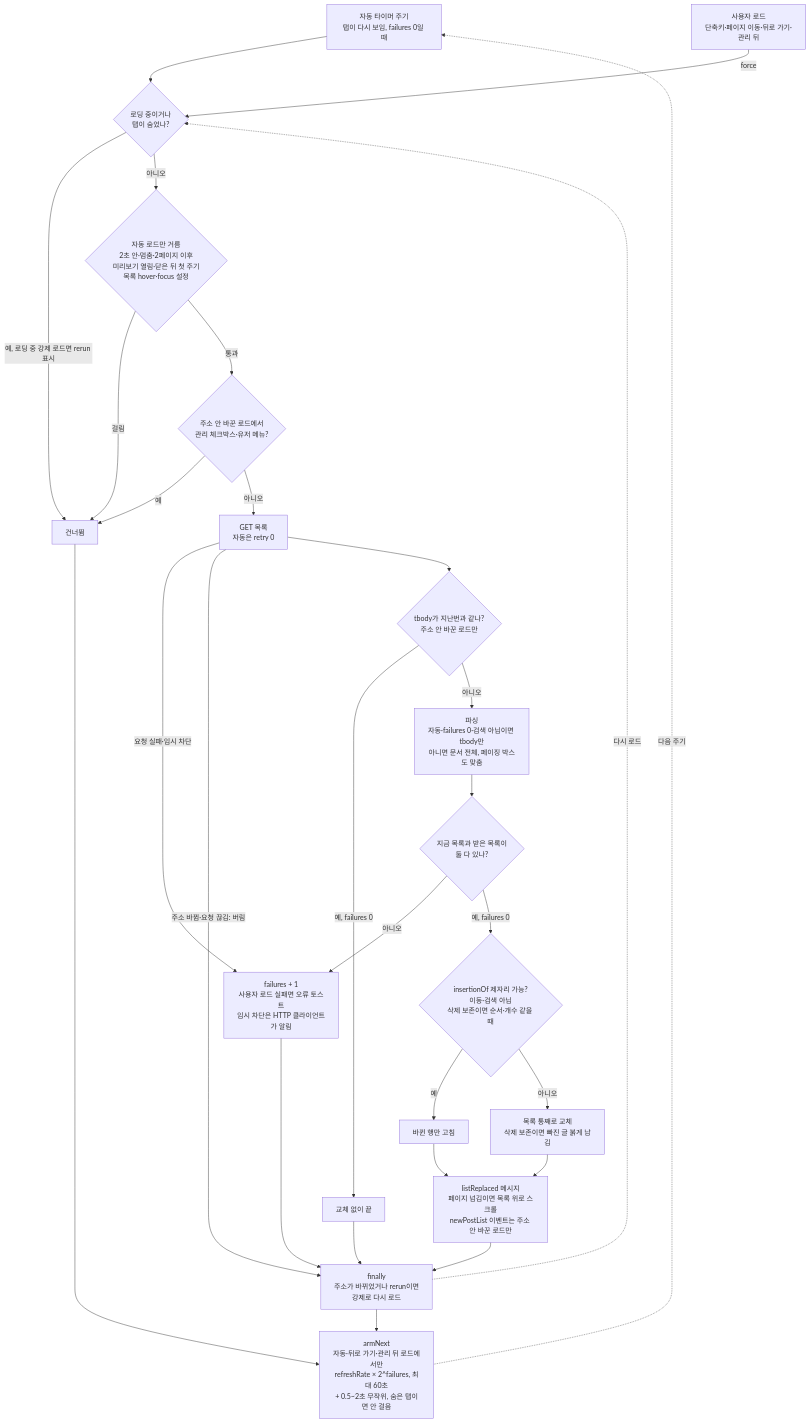
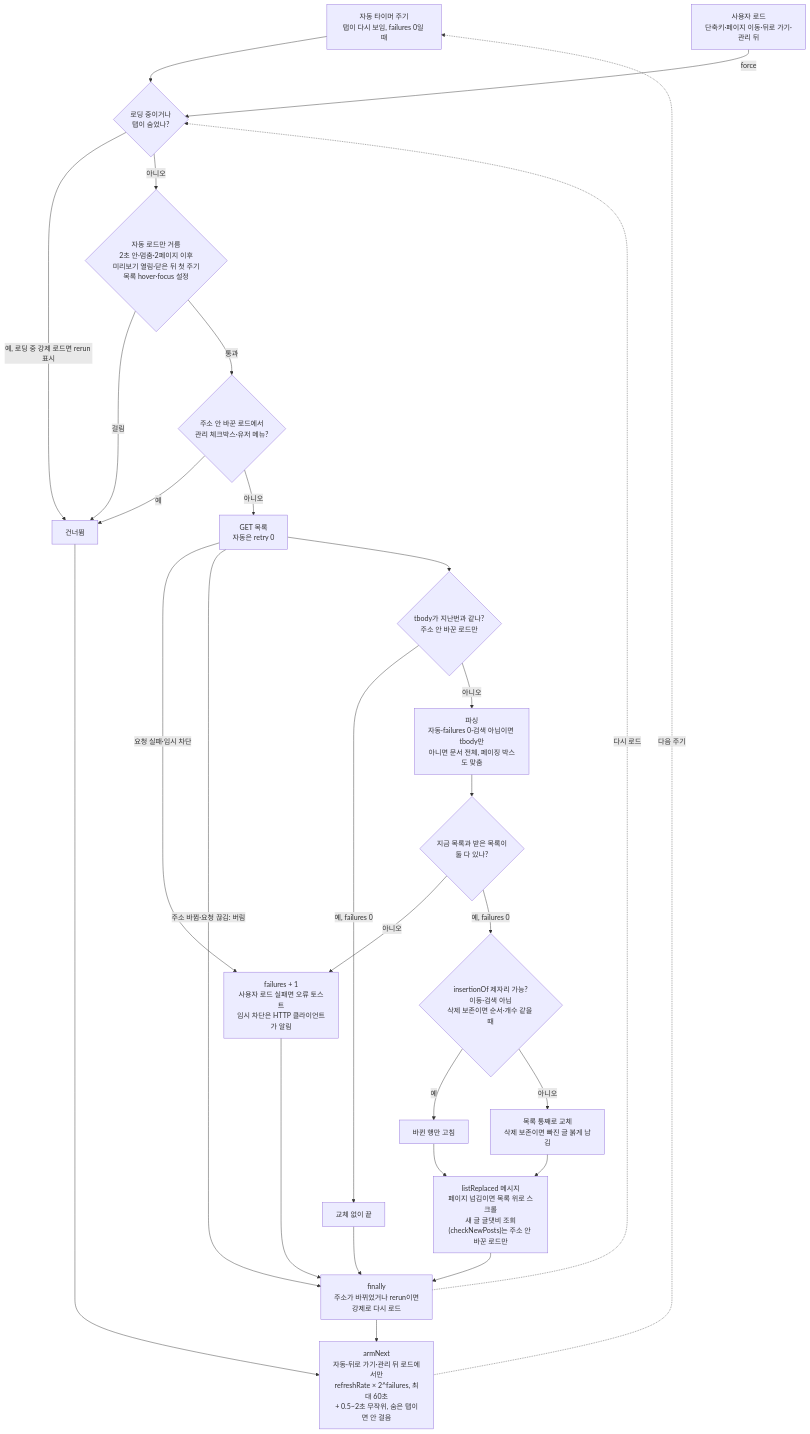
Before and after one commit to green1052/DCRefresher-Reborn: the fifth of 6 diagrams in docs/DEVELOPMENT.md, drawn with Mermaid. The commit also changed other lines of this file and 9 other files, not shown here.

Commit message:
refactor(modules): drop emittery; refresh calls getModuleApi("userinfo")?.checkNewPosts for new rows and preview calls getModuleApi("refresh")?.reload() after manage actions, so core/eventbus goes away (content.js and the options/popup chunk each -10.7 KB)

````diff
--- a/docs/DEVELOPMENT.md
+++ b/docs/DEVELOPMENT.md
@@ -455,31 +453,31 @@
 ```mermaid
 flowchart TD
     A["자동 타이머 주기<br>탭이 다시 보임, failures 0일 때"] --> C
     B["사용자 로드<br>단축키·페이지 이동·뒤로 가기·관리 뒤"] -->|"force"| C
     C{"로딩 중이거나<br>탭이 숨었나?"} -->|"예, 로딩 중 강제 로드면 rerun 표시"| SKIP
     C -->|"아니오"| D
     D{"자동 로드만 거름<br>2초 안·멈춤·2페이지 이후<br>미리보기 열림·닫은 뒤 첫 주기<br>목록 hover·focus 설정"} -->|"걸림"| SKIP
     D -->|"통과"| E
     E{"주소 안 바꾼 로드에서<br>관리 체크박스·유저 메뉴?"} -->|"예"| SKIP
     E -->|"아니오"| F["GET 목록<br>자동은 retry 0"]
     F -->|"요청 실패·임시 차단"| FAIL
     F -->|"주소 바뀜·요청 끊김: 버림"| Z
     F --> G{"tbody가 지난번과 같나?<br>주소 안 바꾼 로드만"}
     G -->|"예, failures 0"| SAME["교체 없이 끝"]
     G -->|"아니오"| K["파싱<br>자동·failures 0·검색 아님이면 tbody만<br>아니면 문서 전체, 페이징 박스도 맞춤"]
     K --> L{"지금 목록과 받은 목록이<br>둘 다 있나?"}
     L -->|"아니오"| FAIL
     L -->|"예, failures 0"| M{"insertionOf 제자리 가능?<br>이동·검색 아님<br>삭제 보존이면 순서·개수 같을 때"}
     M -->|"예"| N["바뀐 행만 고침"]
     M -->|"아니오"| O["목록 통째로 교체<br>삭제 보존이면 빠진 글 붉게 남김"]
     N --> P
-    O --> P["listReplaced 메시지<br>페이지 넘김이면 목록 위로 스크롤<br>newPostList 이벤트는 주소 안 바꾼 로드만"]
+    O --> P["listReplaced 메시지<br>페이지 넘김이면 목록 위로 스크롤<br>새 글 글댓비 조회(checkNewPosts)는 주소 안 바꾼 로드만"]
     FAIL["failures + 1<br>사용자 로드 실패면 오류 토스트<br>임시 차단은 HTTP 클라이언트가 알림"]
     P --> Z
     SAME --> Z
     FAIL --> Z
     Z["finally<br>주소가 바뀌었거나 rerun이면<br>강제로 다시 로드"] -.->|"다시 로드"| C
     Z --> Q
     SKIP["건너뜀"] --> Q
     Q["armNext<br>자동·뒤로 가기·관리 뒤 로드에서만<br>refreshRate × 2^failures, 최대 60초<br>+ 0.5~2초 무작위, 숨은 탭이면 안 걸음"] -.->|"다음 주기"| A
 ```
````
